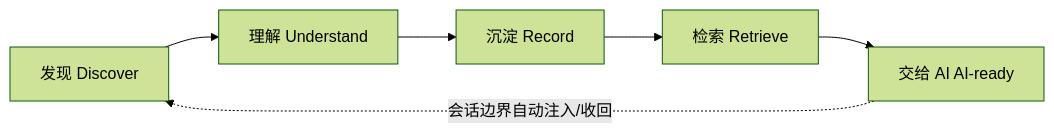
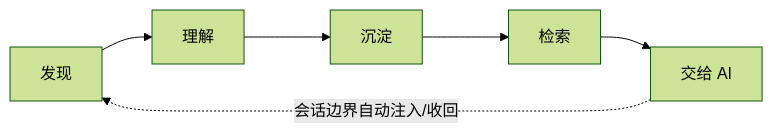
Before and after one commit to sky-jiangcheng/RepoNest: the first of 3 diagrams in docs/index.md, drawn with Mermaid (forest theme). The commit also changed 4 other files, not shown here.

First line of the commit message:
docs(diagrams): dashboard 结构图补阅读顺序边 + 两张扁图治理

````diff
--- a/docs/index.md
+++ b/docs/index.md
@@ -24,8 +24,8 @@
 ```mermaid
 flowchart LR
-    D[发现 Discover] --> U[理解 Understand]
-    U --> R[沉淀 Record]
-    R --> S[检索 Retrieve]
-    S --> A[交给 AI AI-ready]
+    D["发现"] --> U["理解"]
+    U --> R["沉淀"]
+    R --> S["检索"]
+    S --> A["交给 AI"]
     A -. 会话边界自动注入/收回 .-> D
 ```
````
